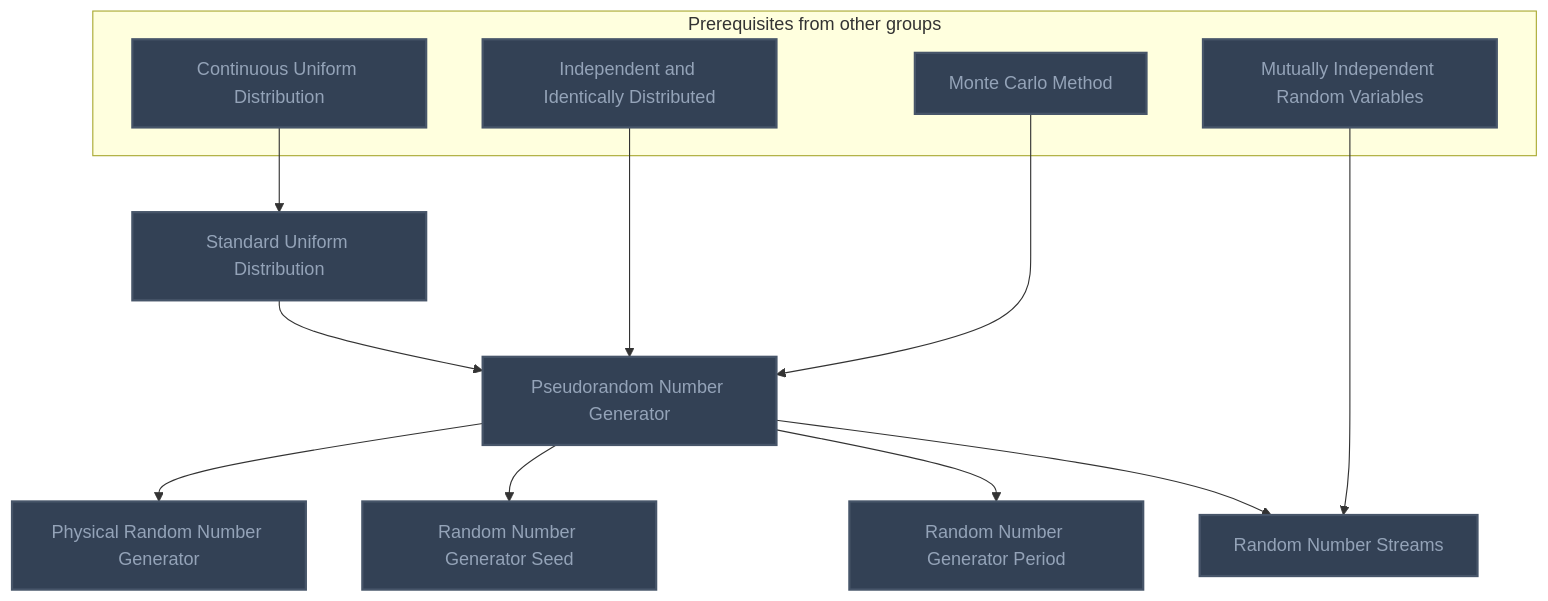
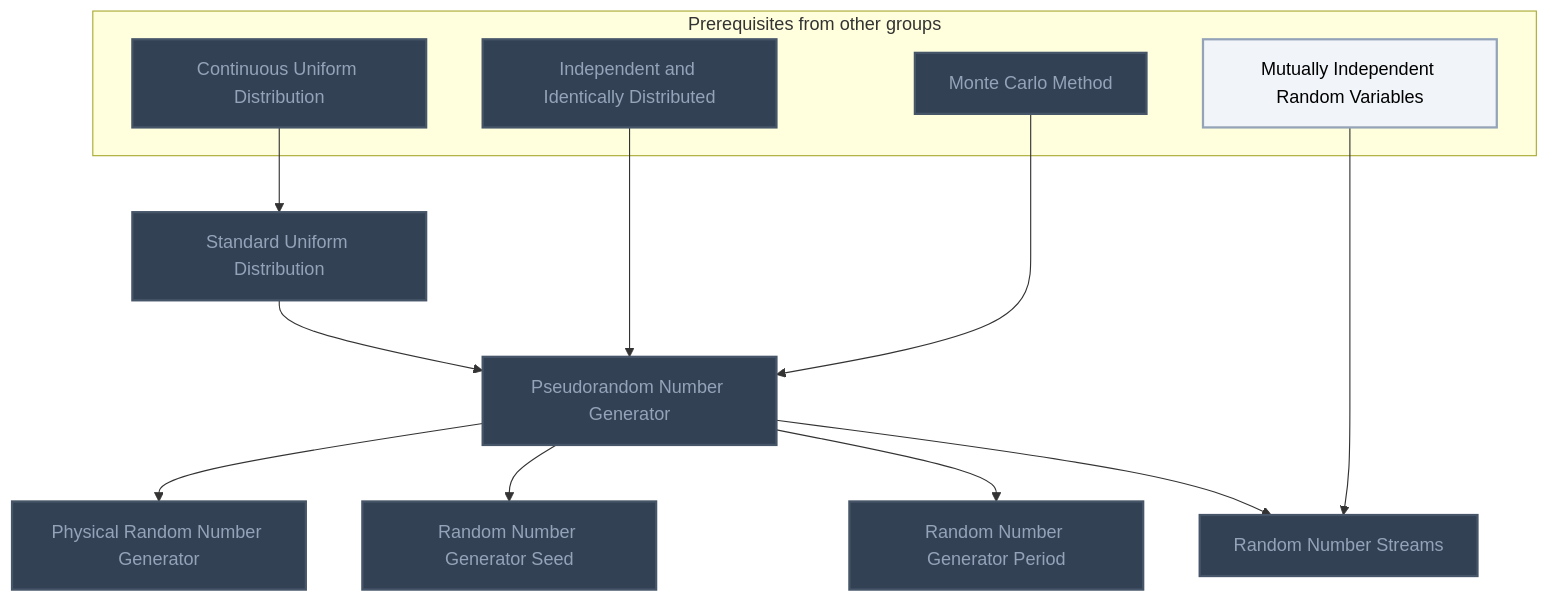
One commit to MRauf1/My-Notes changed the third of 9 diagrams in Gamification/Skill Trees/Monte Carlo Methods.md. Above: the diagram before and after it, drawn with Mermaid. The commit also changed other lines of this file and 42 other files, not shown here.

````diff
--- a/Gamification/Skill Trees/Monte Carlo Methods.md
+++ b/Gamification/Skill Trees/Monte Carlo Methods.md
@@ -134,35 +135,36 @@
 ```mermaid
 flowchart TD
     classDef planned fill:#1E293B,stroke:#64748B,stroke-width:2px,stroke-dasharray:5 5,color:#94A3B8;
     classDef locked fill:#334155,stroke:#475569,stroke-width:2px,color:#94A3B8;
     classDef L0 fill:#F1F5F9,stroke:#94A3B8,stroke-width:2px,color:#000000;
     classDef L1 fill:#22C55E,stroke:#15803D,stroke-width:2px,color:#000000;
     classDef L2 fill:#3B82F6,stroke:#1D4ED8,stroke-width:3px,color:#FFFFFF;
     classDef L3 fill:#A855F7,stroke:#6B21A8,stroke-width:3px,color:#FFFFFF,font-weight:bold;
     classDef L4 fill:#F97316,stroke:#C2410C,stroke-width:4px,color:#000000,font-weight:bold;
     classDef L5 fill:#FFD700,stroke:#FF8C00,stroke-width:5px,color:#000000,font-weight:bold;
     classDef rusty stroke:#8B4513,stroke-width:4px,stroke-dasharray:3 3;
     subgraph sg_prereqs["Prerequisites from other groups"]
         n_continuous_uniform_distribution["Continuous Uniform Distribution"]
         n_independent_and_identically_distributed["Independent and Identically Distributed"]
         n_monte_carlo_method["Monte Carlo Method"]
         n_mutually_independent_random_variables["Mutually Independent Random Variables"]
     end
     n_standard_uniform_distribution["Standard Uniform Distribution"]
     n_pseudorandom_number_generator["Pseudorandom Number Generator"]
     n_physical_random_number_generator["Physical Random Number Generator"]
     n_random_number_generator_seed["Random Number Generator Seed"]
     n_random_number_generator_period["Random Number Generator Period"]
     n_random_number_streams["Random Number Streams"]
     n_continuous_uniform_distribution --> n_standard_uniform_distribution
     n_standard_uniform_distribution --> n_pseudorandom_number_generator
     n_independent_and_identically_distributed --> n_pseudorandom_number_generator
     n_monte_carlo_method --> n_pseudorandom_number_generator
     n_pseudorandom_number_generator --> n_physical_random_number_generator
     n_pseudorandom_number_generator --> n_random_number_generator_seed
     n_pseudorandom_number_generator --> n_random_number_generator_period
     n_pseudorandom_number_generator --> n_random_number_streams
     n_mutually_independent_random_variables --> n_random_number_streams
-    class n_continuous_uniform_distribution,n_independent_and_identically_distributed,n_monte_carlo_method,n_mutually_independent_random_variables,n_standard_uniform_distribution,n_pseudorandom_number_generator,n_physical_random_number_generator,n_random_number_generator_seed,n_random_number_generator_period,n_random_number_streams locked;
+    class n_continuous_uniform_distribution,n_independent_and_identically_distributed,n_monte_carlo_method,n_standard_uniform_distribution,n_pseudorandom_number_generator,n_physical_random_number_generator,n_random_number_generator_seed,n_random_number_generator_period,n_random_number_streams locked;
+    class n_mutually_independent_random_variables L0;
     class n_continuous_uniform_distribution,n_independent_and_identically_distributed,n_monte_carlo_method,n_mutually_independent_random_variables,n_standard_uniform_distribution,n_pseudorandom_number_generator,n_physical_random_number_generator,n_random_number_generator_seed,n_random_number_generator_period,n_random_number_streams internal-link;
 ```
````
